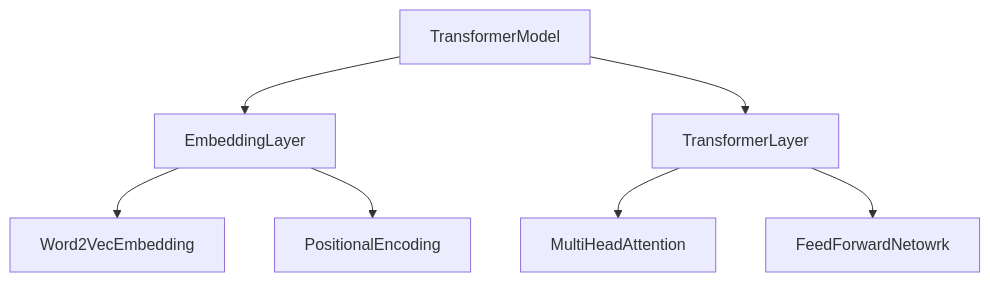
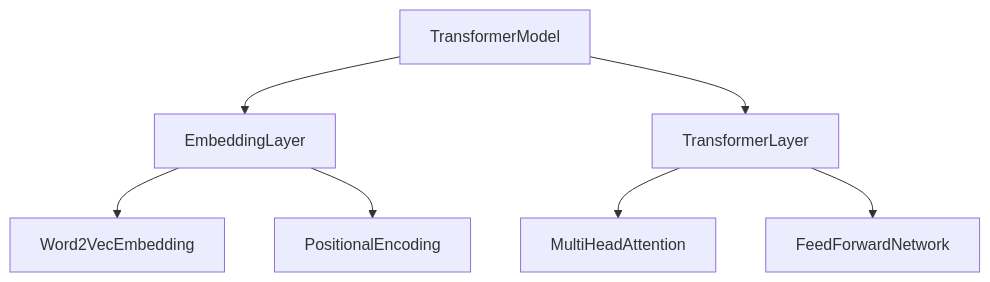
One commit to AlecMRogers/sentiment changed the diagram in code/transformer.md. Above: the diagram before and after it, drawn with Mermaid. The commit also changed other lines of this file and 8 other files, not shown here.

````diff
--- a/code/transformer.md
+++ b/code/transformer.md
@@ -4,9 +4,9 @@
 ```mermaid
 graph TD
     TransformerModel --> EmbeddingLayer
     EmbeddingLayer   --> Word2VecEmbedding
     EmbeddingLayer   --> PositionalEncoding
     TransformerModel --> TransformerLayer
     TransformerLayer --> MultiHeadAttention
-    TransformerLayer --> FeedForwardNetowrk
+    TransformerLayer --> FeedForwardNetwork
 ```
````
